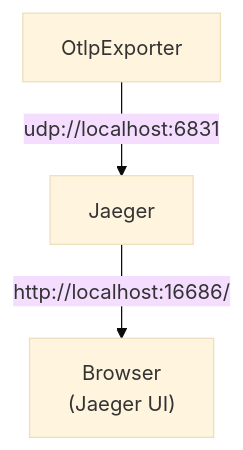
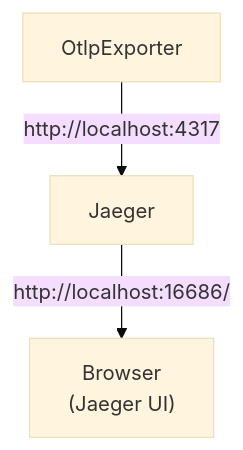
Before and after one commit to open-telemetry/opentelemetry-dotnet: the second of 3 diagrams in docs/trace/getting-started-jaeger/README.md, drawn with Mermaid (base theme). The commit also changed other lines of this file and 1 other file, not shown here.

````diff
--- a/docs/trace/getting-started-jaeger/README.md
+++ b/docs/trace/getting-started-jaeger/README.md
@@ -137,6 +133,6 @@
 ```mermaid
 graph TD
 
-OtlpExporter["OtlpExporter"] --> |udp://localhost:6831| Jaeger
+OtlpExporter["OtlpExporter"] --> |http://localhost:4317| Jaeger
 Jaeger -->|http://localhost:16686/| JaegerUI["Browser<br/>(Jaeger UI)"]
 ```
````
